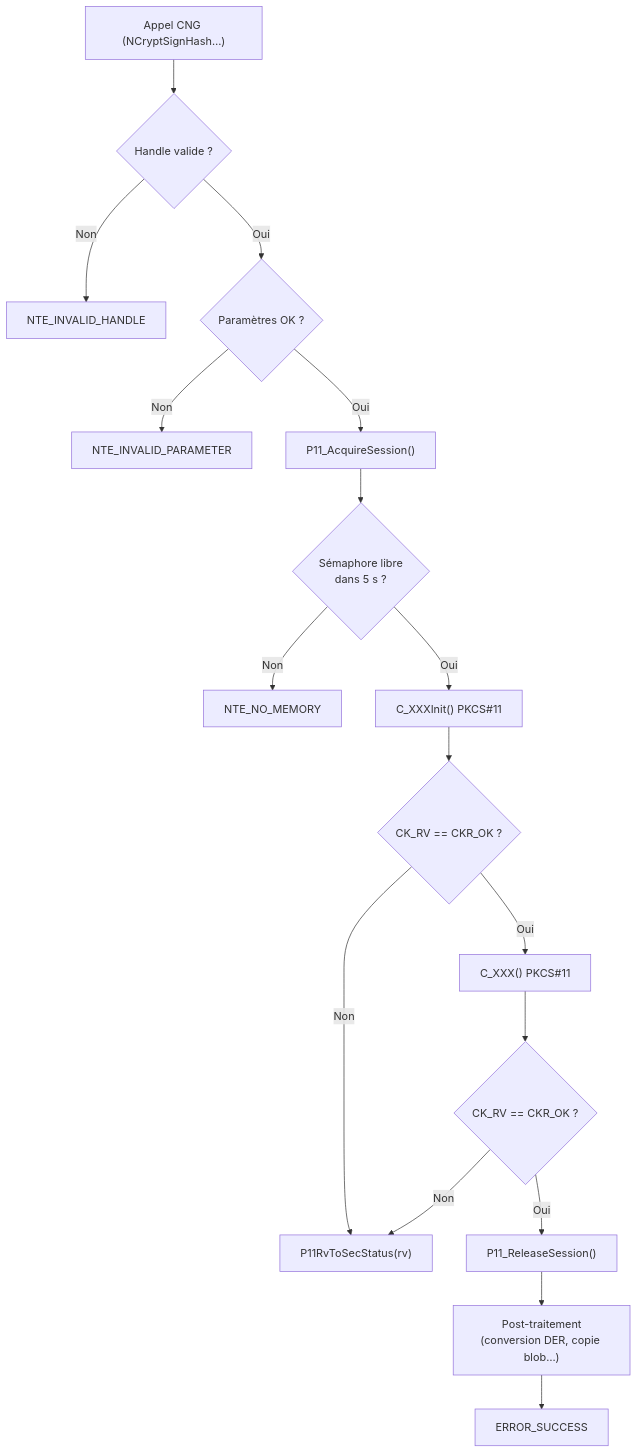
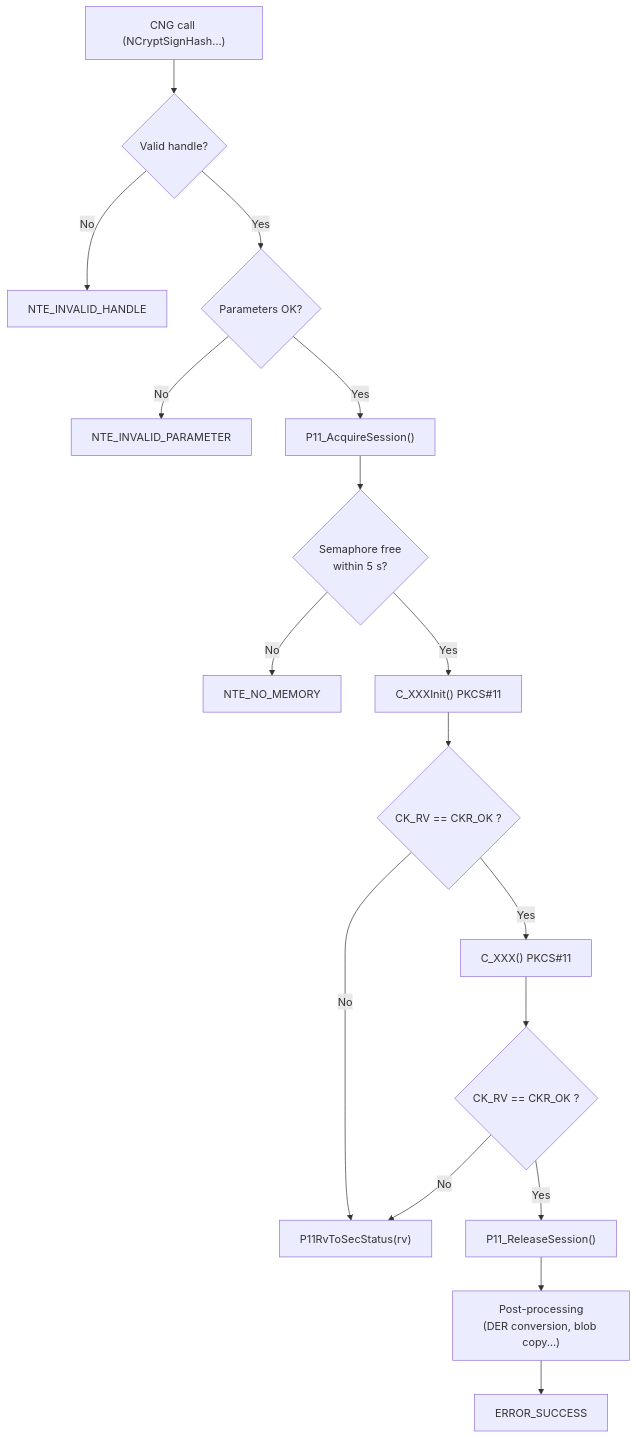
The fourth of 4 diagrams in softhsm_ksp/docs/06-mapping-erreurs.md (Gaillotte/Noida), drawn with Mermaid before and after one commit. The commit also changed other lines of this file and 9 other files, not shown here.

````diff
--- a/softhsm_ksp/docs/06-mapping-erreurs.md
+++ b/softhsm_ksp/docs/06-mapping-erreurs.md
@@ -186,19 +186,19 @@
 ```mermaid
 flowchart TD
-    A["Appel CNG (NCryptSignHash…)"] --> B{Handle valide ?}
-    B -- Non --> E1["NTE_INVALID_HANDLE"]
-    B -- Oui --> C{Paramètres OK ?}
-    C -- Non --> E2["NTE_INVALID_PARAMETER"]
-    C -- Oui --> D["P11_AcquireSession()"]
-    D --> DA{Sémaphore libre\ndans 5 s ?}
-    DA -- Non --> E3["NTE_NO_MEMORY"]
-    DA -- Oui --> F["C_XXXInit() PKCS#11"]
+    A["CNG call (NCryptSignHash…)"] --> B{Valid handle?}
+    B -- No --> E1["NTE_INVALID_HANDLE"]
+    B -- Yes --> C{Parameters OK?}
+    C -- No --> E2["NTE_INVALID_PARAMETER"]
+    C -- Yes --> D["P11_AcquireSession()"]
+    D --> DA{Semaphore free<br/>within 5 s?}
+    DA -- No --> E3["NTE_NO_MEMORY"]
+    DA -- Yes --> F["C_XXXInit() PKCS#11"]
     F --> FA{CK_RV == CKR_OK ?}
-    FA -- Non --> G["P11RvToSecStatus(rv)"]
-    FA -- Oui --> H["C_XXX() PKCS#11"]
+    FA -- No --> G["P11RvToSecStatus(rv)"]
+    FA -- Yes --> H["C_XXX() PKCS#11"]
     H --> HA{CK_RV == CKR_OK ?}
-    HA -- Non --> G
-    HA -- Oui --> I["P11_ReleaseSession()"]
-    I --> J["Post-traitement\n(conversion DER, copie blob…)"]
+    HA -- No --> G
+    HA -- Yes --> I["P11_ReleaseSession()"]
+    I --> J["Post-processing\n(DER conversion, blob copy…)"]
     J --> K["ERROR_SUCCESS"]
 ```
````
